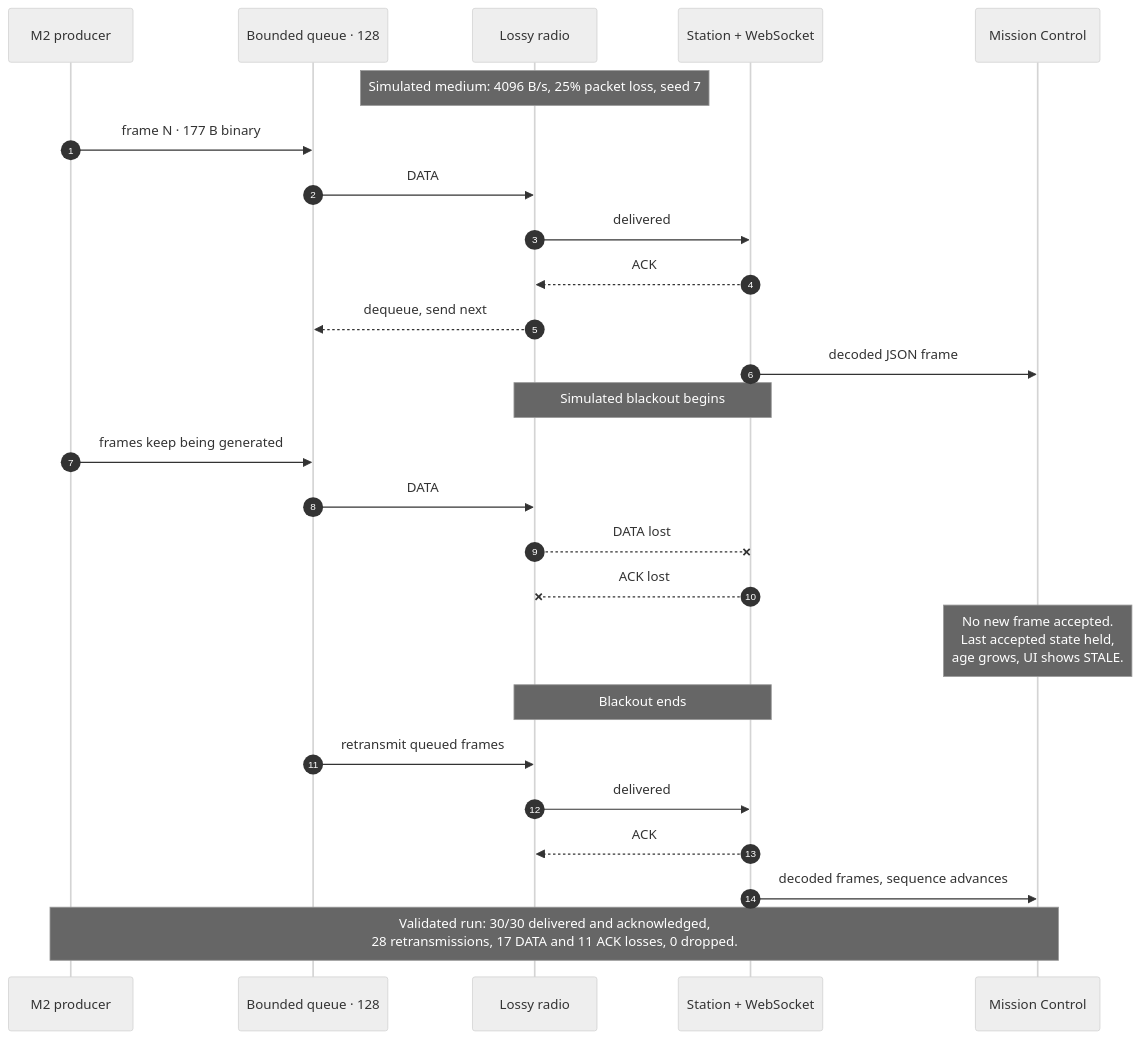
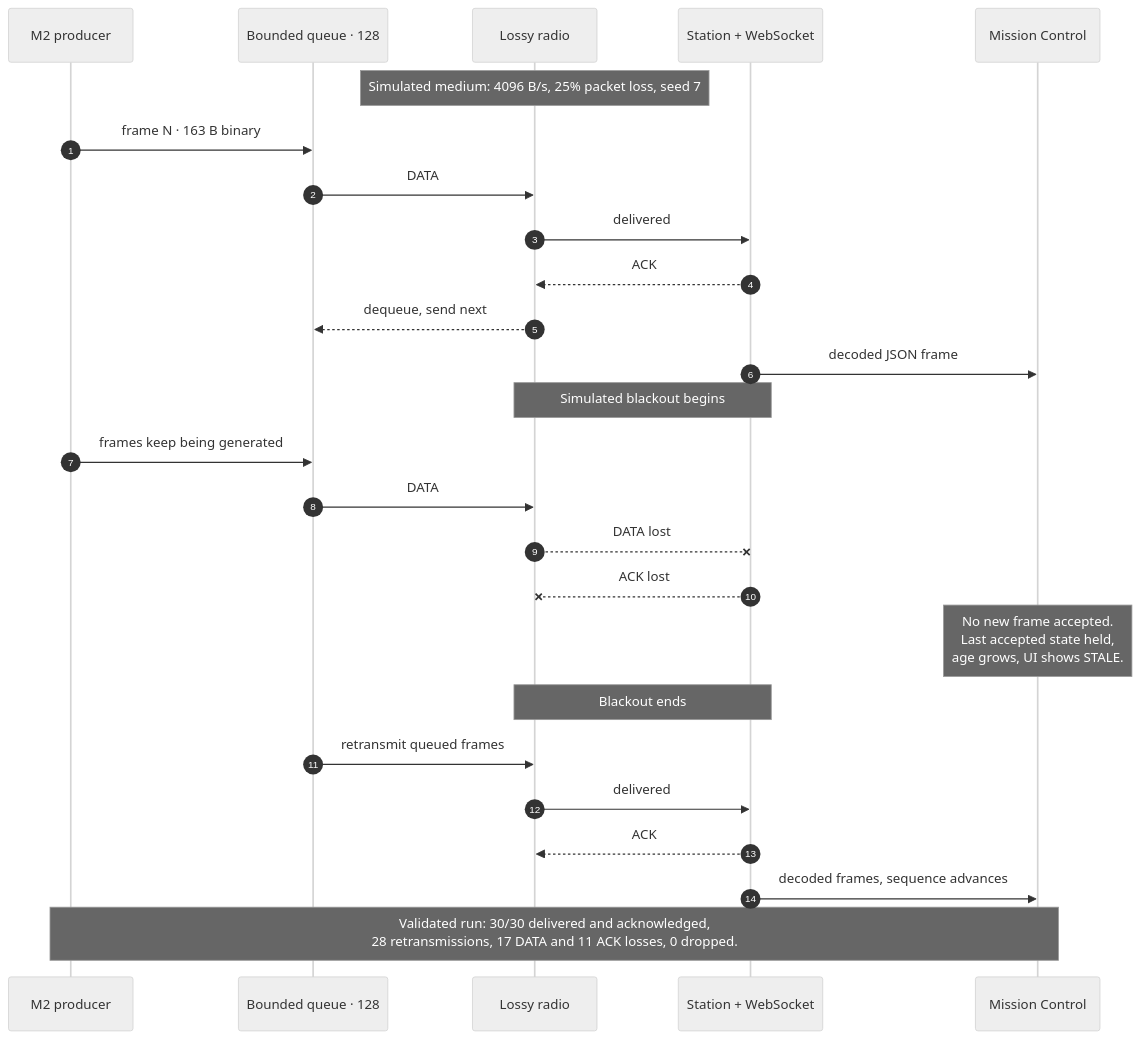
One commit to omarfh111/C.R.A.T.E.R changed the second of 3 diagrams in README.md. Above: the diagram before and after it, drawn with Mermaid (neutral theme). The commit also changed other lines of this file and 3 other files, not shown here.

````diff
--- a/README.md
+++ b/README.md
@@ -143,31 +143,31 @@
 ```mermaid
 sequenceDiagram
     autonumber
     participant P as M2 producer
     participant Q as Bounded queue · 128
     participant R as Lossy radio
     participant S as Station + WebSocket
     participant M as Mission Control
 
     Note over R: Simulated medium: 4096 B/s, 25% packet loss, seed 7
-    P->>Q: frame N · 177 B binary
+    P->>Q: frame N · 163 B binary
     Q->>R: DATA
     R->>S: delivered
     S-->>R: ACK
     R-->>Q: dequeue, send next
     S->>M: decoded JSON frame
 
     Note over R,S: Simulated blackout begins
     P->>Q: frames keep being generated
     Q->>R: DATA
     R--xS: DATA lost
     S--xR: ACK lost
     Note over M: No new frame accepted.<br/>Last accepted state held,<br/>age grows, UI shows STALE.
 
     Note over R,S: Blackout ends
     Q->>R: retransmit queued frames
     R->>S: delivered
     S-->>R: ACK
     S->>M: decoded frames, sequence advances
     Note over P,M: Validated run: 30/30 delivered and acknowledged,<br/>28 retransmissions, 17 DATA and 11 ACK losses, 0 dropped.
 ```
````
